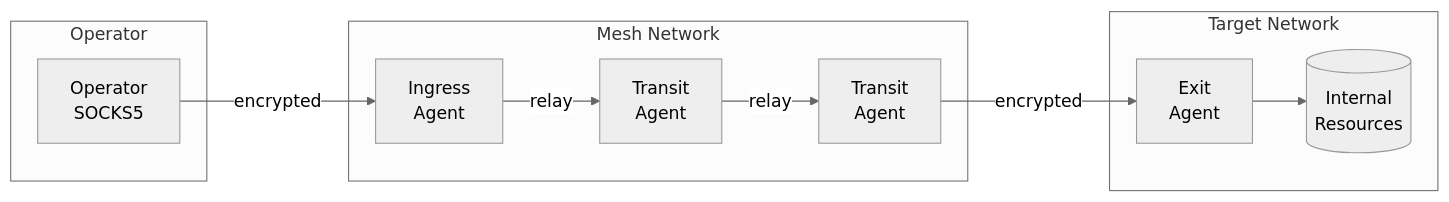
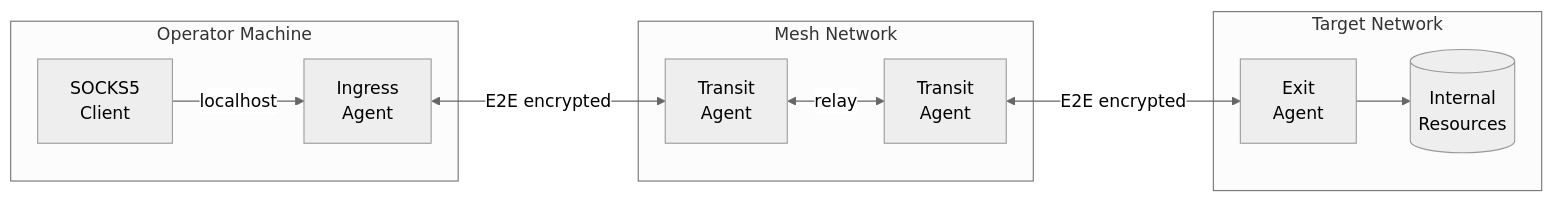
One commit to postalsys/Muti-Metroo changed the diagram in docs/docs/red-team/overview.md. Above: the diagram before and after it, drawn with Mermaid (neutral theme). The commit also changed other lines of this file and 7 other files, not shown here.

````diff
--- a/docs/docs/red-team/overview.md
+++ b/docs/docs/red-team/overview.md
@@ -23,23 +23,23 @@
 ```mermaid
 flowchart LR
-    subgraph Operator
-        A[Operator<br/>SOCKS5]
+    subgraph Operator["Operator Machine"]
+        A[SOCKS5<br/>Client]
+        B[Ingress<br/>Agent]
     end
 
     subgraph Mesh["Mesh Network"]
-        B[Ingress<br/>Agent]
         C[Transit<br/>Agent]
         D[Transit<br/>Agent]
     end
 
     subgraph Target["Target Network"]
         E[Exit<br/>Agent]
         F[(Internal<br/>Resources)]
     end
 
-    A -->|encrypted| B
-    B -->|relay| C
-    C -->|relay| D
-    D -->|encrypted| E
+    A -->|localhost| B
+    B <-->|E2E encrypted| C
+    C <-->|relay| D
+    D <-->|E2E encrypted| E
     E --> F
 ```
````
